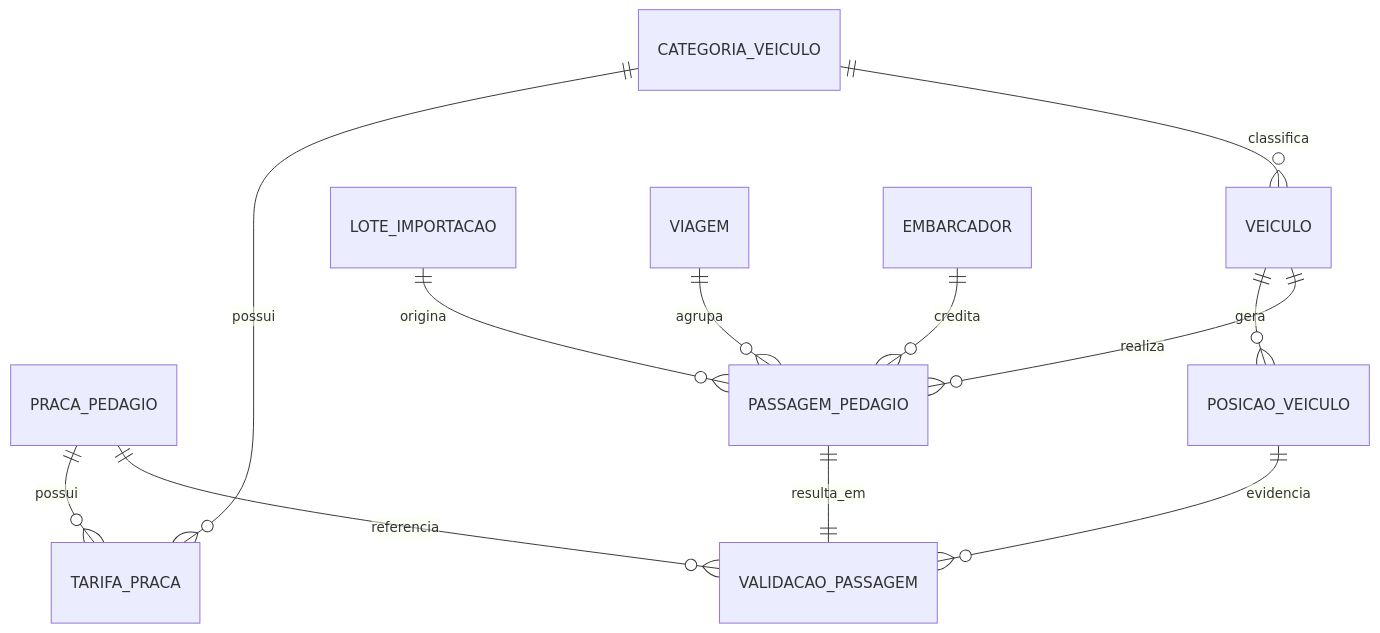
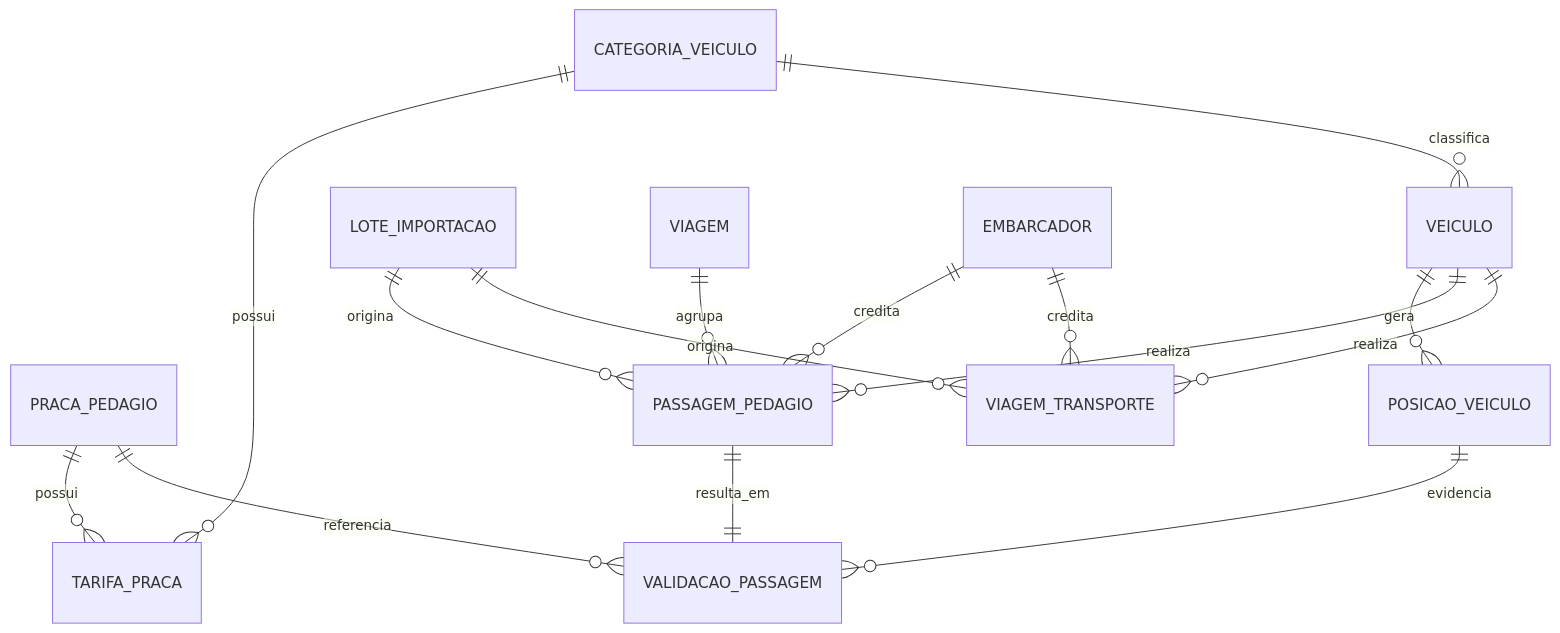
The diagram in docs/modelo-dados.md (AleNunesJesus/Pedagio), drawn with Mermaid before and after one commit. The commit also changed other lines of this file and 15 other files, not shown here.

First line of the commit message:
FASE 13: viagem completa (documento fiscal de transporte)

````diff
--- a/docs/modelo-dados.md
+++ b/docs/modelo-dados.md
@@ -27,14 +27,17 @@
 ```mermaid
 erDiagram
     PRACA_PEDAGIO ||--o{ TARIFA_PRACA : possui
     PRACA_PEDAGIO ||--o{ VALIDACAO_PASSAGEM : referencia
     CATEGORIA_VEICULO ||--o{ TARIFA_PRACA : possui
     CATEGORIA_VEICULO ||--o{ VEICULO : classifica
     VEICULO ||--o{ POSICAO_VEICULO : gera
     VEICULO ||--o{ PASSAGEM_PEDAGIO : realiza
     LOTE_IMPORTACAO ||--o{ PASSAGEM_PEDAGIO : origina
     PASSAGEM_PEDAGIO ||--|| VALIDACAO_PASSAGEM : resulta_em
     POSICAO_VEICULO ||--o{ VALIDACAO_PASSAGEM : evidencia
     VIAGEM ||--o{ PASSAGEM_PEDAGIO : agrupa
     EMBARCADOR ||--o{ PASSAGEM_PEDAGIO : credita
+    VEICULO ||--o{ VIAGEM_TRANSPORTE : realiza
+    EMBARCADOR ||--o{ VIAGEM_TRANSPORTE : credita
+    LOTE_IMPORTACAO ||--o{ VIAGEM_TRANSPORTE : origina
 ```
````
